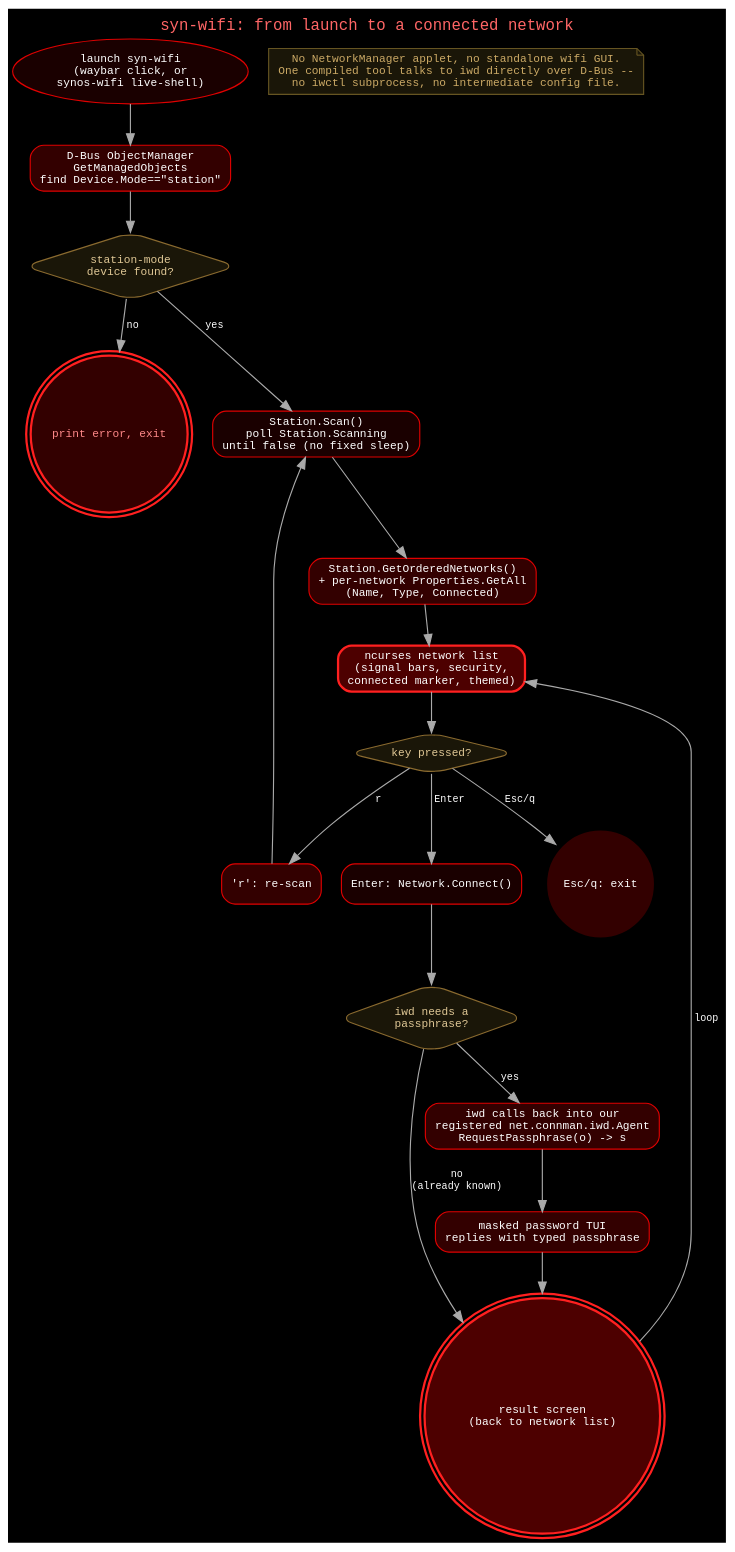
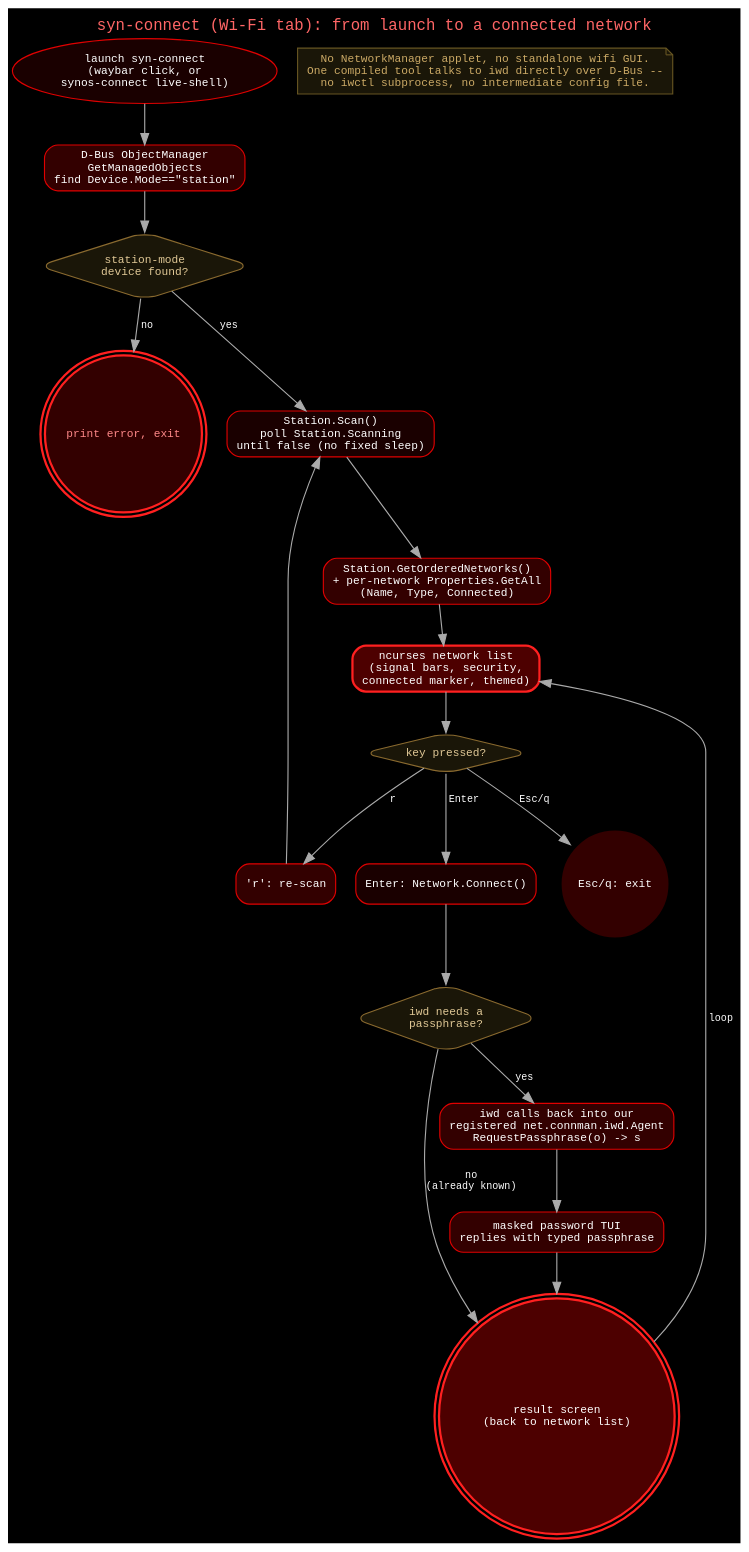
The diagram in SYN-ISO-PROFILE/airootfs/usr/share/syn-os/docs/diagrams/src/wifi-connect-flow.dot (syn990/SYN-OS), drawn with Graphviz before and after one commit. The commit also changed 15 other files, not shown here.

First line of the commit message:
syn-connect: rename from syn-wifi, add Ethernet/Bluetooth/VPN tabs

```diff
--- a/SYN-ISO-PROFILE/airootfs/usr/share/syn-os/docs/diagrams/src/wifi-connect-flow.dot
+++ b/SYN-ISO-PROFILE/airootfs/usr/share/syn-os/docs/diagrams/src/wifi-connect-flow.dot
@@ -1,48 +1,48 @@
 digraph wifi_connect_flow {
   rankdir=TB;
   bgcolor="#000000";
   fontname="monospace";
   node [shape=box, style="rounded,filled", fillcolor="#4d0000", color="#e00000", fontcolor="white", fontname="monospace", fontsize=10];
   edge [color="#AAAAAA", fontcolor="white", fontname="monospace", fontsize=9];
 
-  label="syn-wifi: from launch to a connected network";
+  label="syn-connect (Wi-Fi tab): from launch to a connected network";
   labelloc="t"; fontsize=14; fontcolor="#ff6666";
 
-  launch [label="launch syn-wifi\n(waybar click, or\nsynos-wifi live-shell)", shape=oval, fillcolor="#1a0000"];
+  launch [label="launch syn-connect\n(waybar click, or\nsynos-connect live-shell)", shape=oval, fillcolor="#1a0000"];
 
   device [label="D-Bus ObjectManager\nGetManagedObjects\nfind Device.Mode==\"station\"", fillcolor="#330000"];
   found [label="station-mode\ndevice found?", shape=diamond, fillcolor="#1a1608", color="#8a6a2f", fontcolor="#e0c896"];
   nodev [label="print error, exit", shape=doublecircle, fillcolor="#330000", penwidth=2, color="#ff2020", fontcolor="#ff8888"];
 
   scan [label="Station.Scan()\npoll Station.Scanning\nuntil false (no fixed sleep)", fillcolor="#1a0000"];
   getnet [label="Station.GetOrderedNetworks()\n+ per-network Properties.GetAll\n(Name, Type, Connected)", fillcolor="#330000"];
 
   list [label="ncurses network list\n(signal bars, security,\nconnected marker, themed)", fillcolor="#4d0000", penwidth=2, color="#ff2020"];
   key [label="key pressed?", shape=diamond, fillcolor="#1a1608", color="#8a6a2f", fontcolor="#e0c896"];
   rescan [label="'r': re-scan", fillcolor="#330000"];
   quit [label="Esc/q: exit", shape=doublecircle, fillcolor="#330000", penwidth=2, color="#666"];
 
   connect [label="Enter: Network.Connect()", fillcolor="#1a0000"];
   needpw [label="iwd needs a\npassphrase?", shape=diamond, fillcolor="#1a1608", color="#8a6a2f", fontcolor="#e0c896"];
   agent [label="iwd calls back into our\nregistered net.connman.iwd.Agent\nRequestPassphrase(o) -> s", fillcolor="#330000"];
   prompt [label="masked password TUI\nreplies with typed passphrase", fillcolor="#330000"];
 
   result [label="result screen\n(back to network list)", shape=doublecircle, fillcolor="#4d0000", penwidth=2, color="#ff2020"];
 
   launch -> device -> found;
   found -> nodev [label=" no"];
   found -> scan [label=" yes"];
   scan -> getnet -> list -> key;
   key -> rescan [label=" r"];
   rescan -> scan;
   key -> quit [label=" Esc/q"];
   key -> connect [label=" Enter"];
   connect -> needpw;
   needpw -> agent [label=" yes"];
   agent -> prompt -> result;
   needpw -> result [label=" no\n(already known)"];
   result -> list [label=" loop"];
 
   note [shape=note, fillcolor="#1a1608", color="#665522", fontcolor="#ccaa66",
         label="No NetworkManager applet, no standalone wifi GUI.\nOne compiled tool talks to iwd directly over D-Bus --\nno iwctl subprocess, no intermediate config file."];
 }
```
